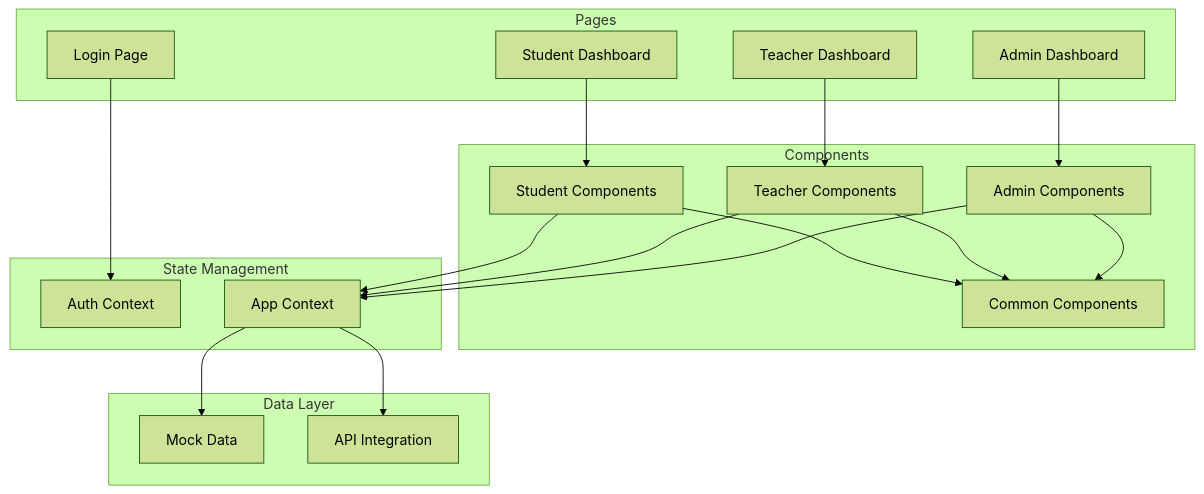
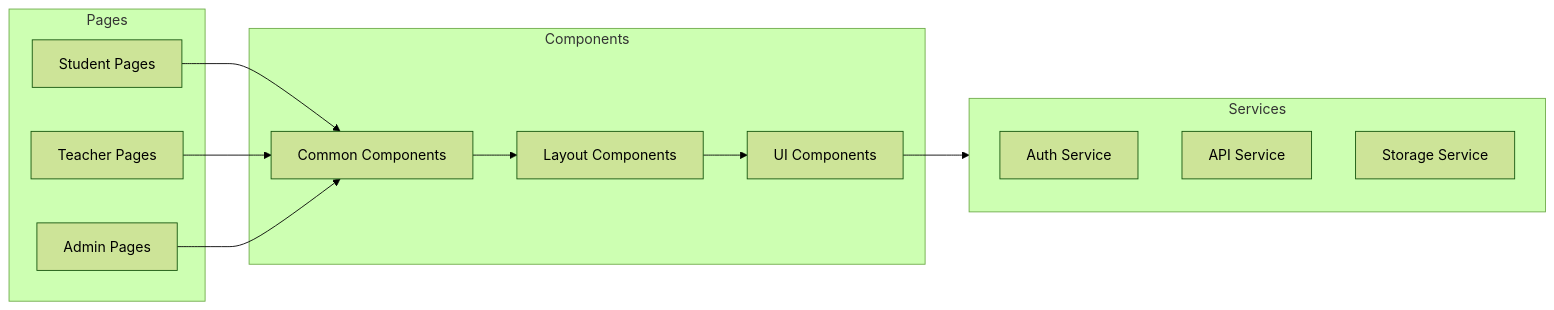
One commit to srisrihari/pep-score-nexus changed the third of 11 diagrams in SRS.md. Above: the diagram before and after it, drawn with Mermaid (forest theme). The commit also changed other lines of this file, not shown here.

````diff
--- a/SRS.md
+++ b/SRS.md
@@ -908,39 +1371,27 @@
 ```mermaid
-graph TB
+graph LR
     subgraph Pages
-        Login[Login Page]
-        Student[Student Dashboard]
-        Teacher[Teacher Dashboard]
-        Admin[Admin Dashboard]
+        Student[Student Pages]
+        Teacher[Teacher Pages]
+        Admin[Admin Pages]
     end
-
+    
     subgraph Components
         Common[Common Components]
-        StudentComp[Student Components]
-        TeacherComp[Teacher Components]
-        AdminComp[Admin Components]
+        Layout[Layout Components]
+        UI[UI Components]
     end
-
-    subgraph State Management
-        AuthContext[Auth Context]
-        AppContext[App Context]
+    
+    subgraph Services
+        Auth[Auth Service]
+        API[API Service]
+        Storage[Storage Service]
     end
-
-    subgraph Data Layer
-        MockData[Mock Data]
-        API[API Integration]
-    end
-
-    Login --> AuthContext
-    Student --> StudentComp
-    Teacher --> TeacherComp
-    Admin --> AdminComp
-    StudentComp --> Common
-    TeacherComp --> Common
-    AdminComp --> Common
-    StudentComp --> AppContext
-    TeacherComp --> AppContext
-    AdminComp --> AppContext
-    AppContext --> MockData
-    AppContext --> API
+    
+    Student --> Common
+    Teacher --> Common
+    Admin --> Common
+    Common --> Layout
+    Layout --> UI
+    UI --> Services
 ```
````
